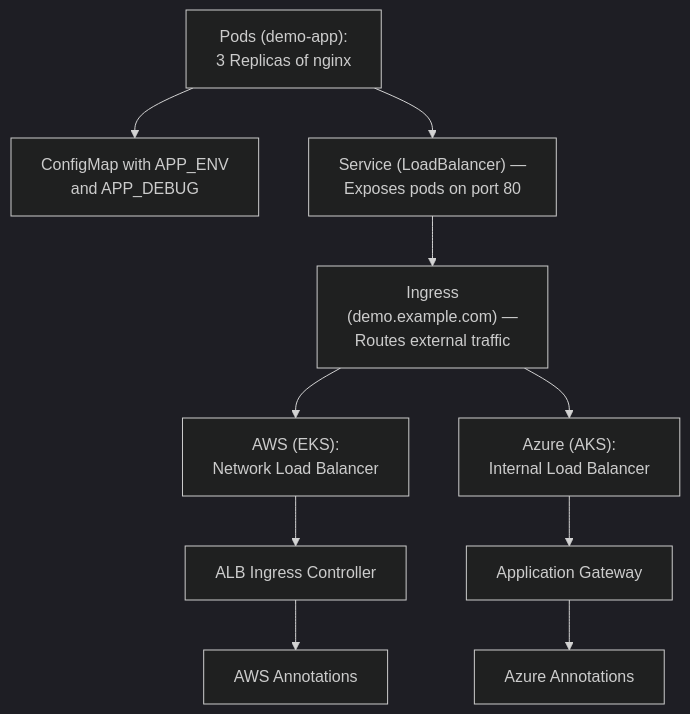
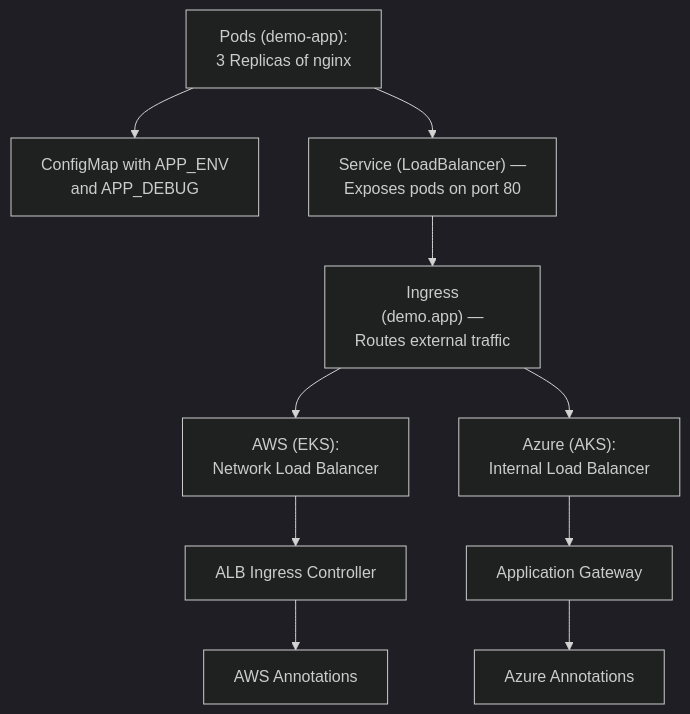
Before and after one commit to obintui10/kubernetes-multi-cloud-demo: the diagram in README.md, drawn with Mermaid (dark theme).

````diff
--- a/README.md
+++ b/README.md
@@ -98,22 +98,22 @@
 ```mermaid
 flowchart TB
     Pods["Pods (demo-app):
 3 Replicas of nginx"] --> Config["ConfigMap with APP_ENV
 and APP_DEBUG"]
 
     Pods --> Service["Service (LoadBalancer) —
 Exposes pods on port 80"]
     Service --> Ingress["Ingress
-(demo.example.com) —
+(demo.app) —
 Routes external traffic"]
 
     Ingress --> AWS_NLB["AWS (EKS):
 Network Load Balancer"]
     AWS_NLB --> AWS_ALB["ALB Ingress Controller"]
     AWS_ALB --> AWS_Anno["AWS Annotations"]
 
     Ingress --> Azure_ILB["Azure (AKS):
 Internal Load Balancer"]
     Azure_ILB --> Azure_AppGW["Application Gateway"]
     Azure_AppGW --> Azure_Anno["Azure Annotations"]
 ```
````
